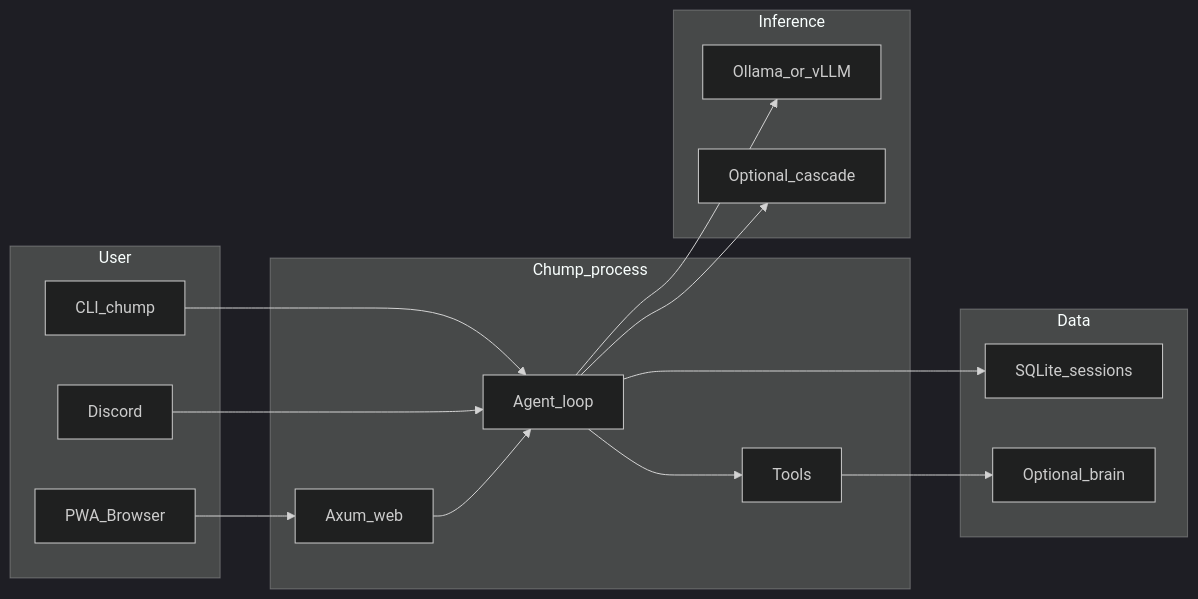
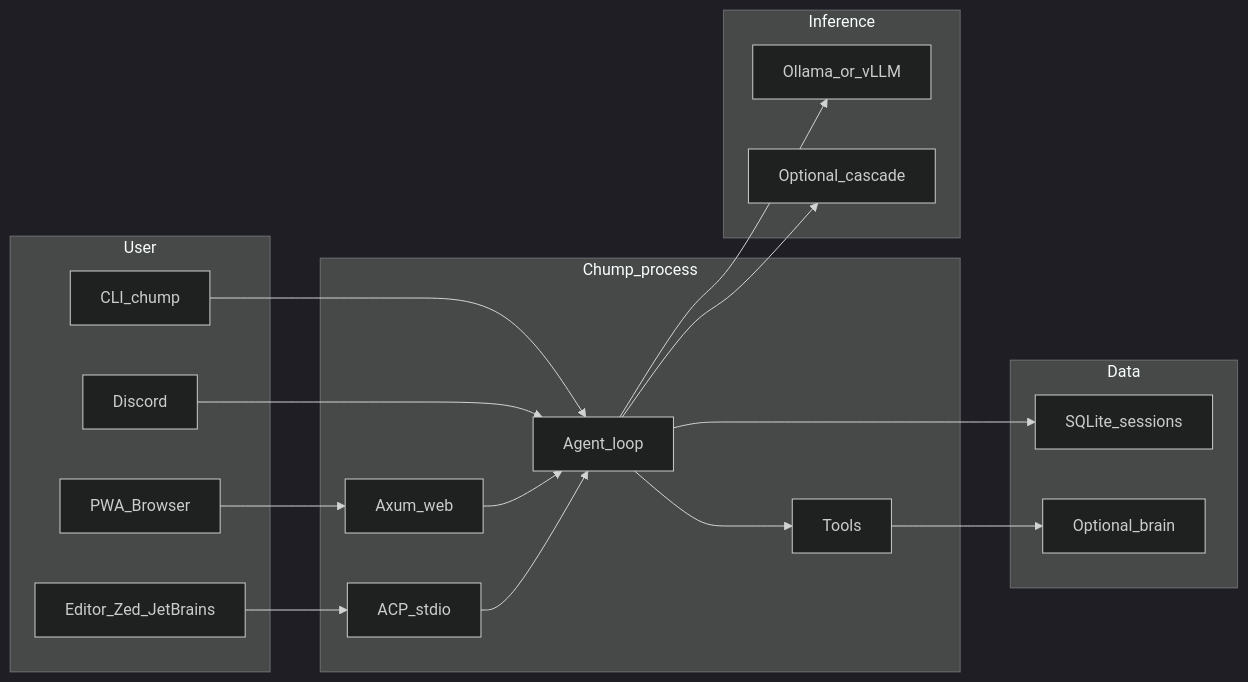
One commit to repairman29/chump changed the diagram in README.md. Above: the diagram before and after it, drawn with Mermaid (dark theme). The commit also changed other lines of this file and 4 other files, not shown here.

````diff
--- a/README.md
+++ b/README.md
@@ -25,30 +26,34 @@
 ```mermaid
 flowchart LR
   subgraph user [User]
     PWA[PWA_Browser]
     CLI[CLI_chump]
     DC[Discord]
+    ED[Editor_Zed_JetBrains]
   end
   subgraph chump [Chump_process]
     AX[Axum_web]
+    ACP[ACP_stdio]
     AG[Agent_loop]
     T[Tools]
   end
   subgraph data [Data]
     SQL[SQLite_sessions]
     BR[Optional_brain]
   end
   subgraph inf [Inference]
     OLL[Ollama_or_vLLM]
     CAS[Optional_cascade]
   end
   PWA --> AX
   CLI --> AG
   DC --> AG
+  ED --> ACP
   AX --> AG
+  ACP --> AG
   AG --> T
   AG --> SQL
   T --> BR
   AG --> OLL
   AG --> CAS
 ```
````
